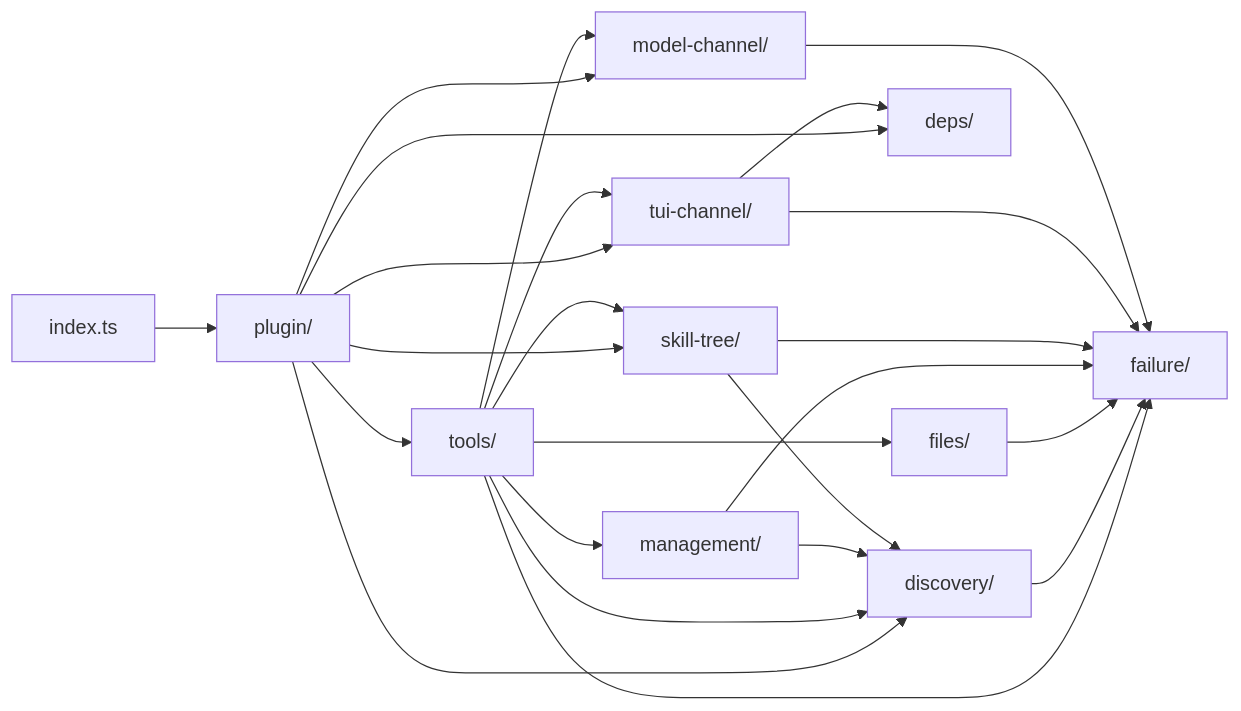
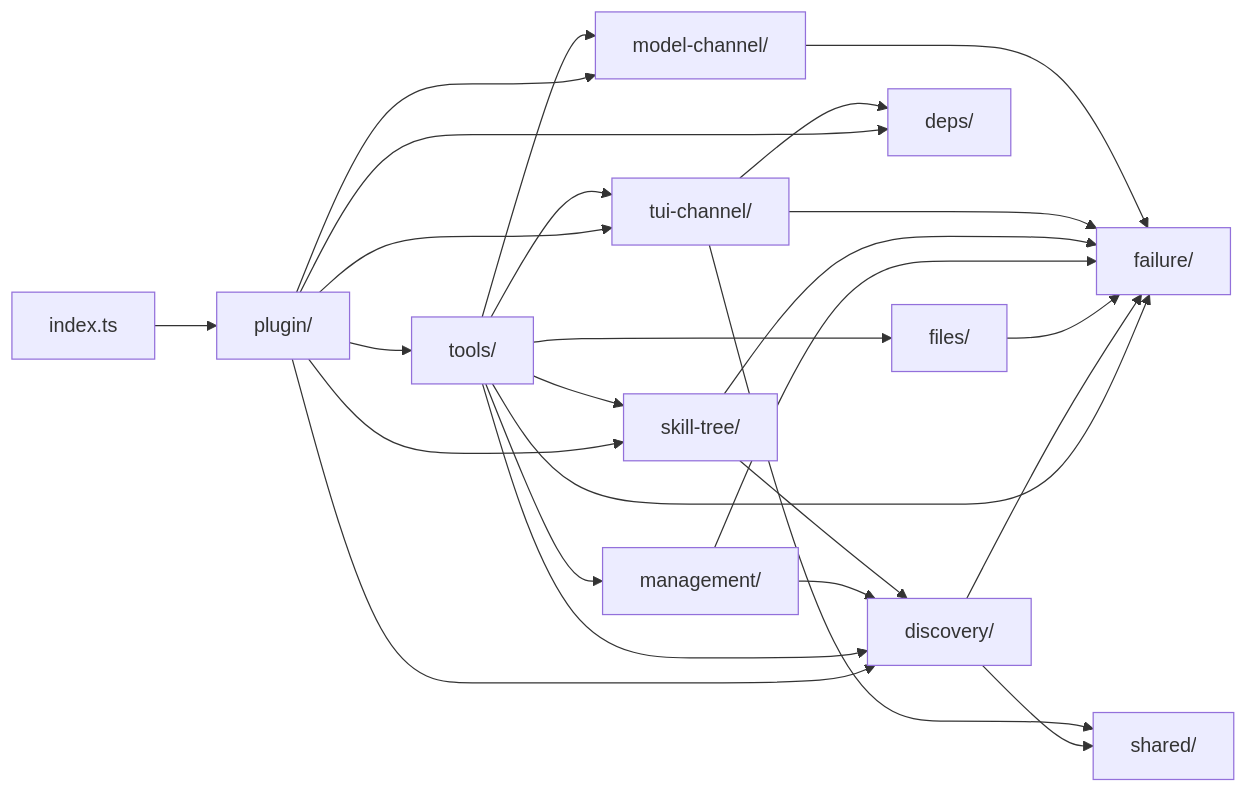
The diagram in docs_zh-CN/architecture.md (EyKettle/pi-skill-tools), drawn with Mermaid before and after one commit. The commit also changed other lines of this file, not shown here.

First line of the commit message:
docs(arch): add shared module for predicates

````diff
--- a/docs_zh-CN/architecture.md
+++ b/docs_zh-CN/architecture.md
@@ -91,29 +93,31 @@
 ```mermaid
 graph LR
   index["index.ts"] --> plugin["plugin/"]
 
   plugin --> tools["tools/"]
   plugin --> skilltree["skill-tree/"]
   plugin --> discovery["discovery/"]
   plugin --> model["model-channel/"]
   plugin --> tui["tui-channel/"]
   plugin --> deps["deps/"]
 
   tools --> discovery
   tools --> files["files/"]
   tools --> management["management/"]
   tools --> skilltree
   tools --> tui["tui-channel/"]
   tools --> model
   tools --> failure["failure/"]
 
   discovery --> failure
+  discovery --> shared["shared/"]
   files --> failure
   management --> discovery
   management --> failure
   skilltree --> discovery
   skilltree --> failure
   tui --> deps
   tui --> failure
+  tui --> shared
   model --> failure
 ```
````
